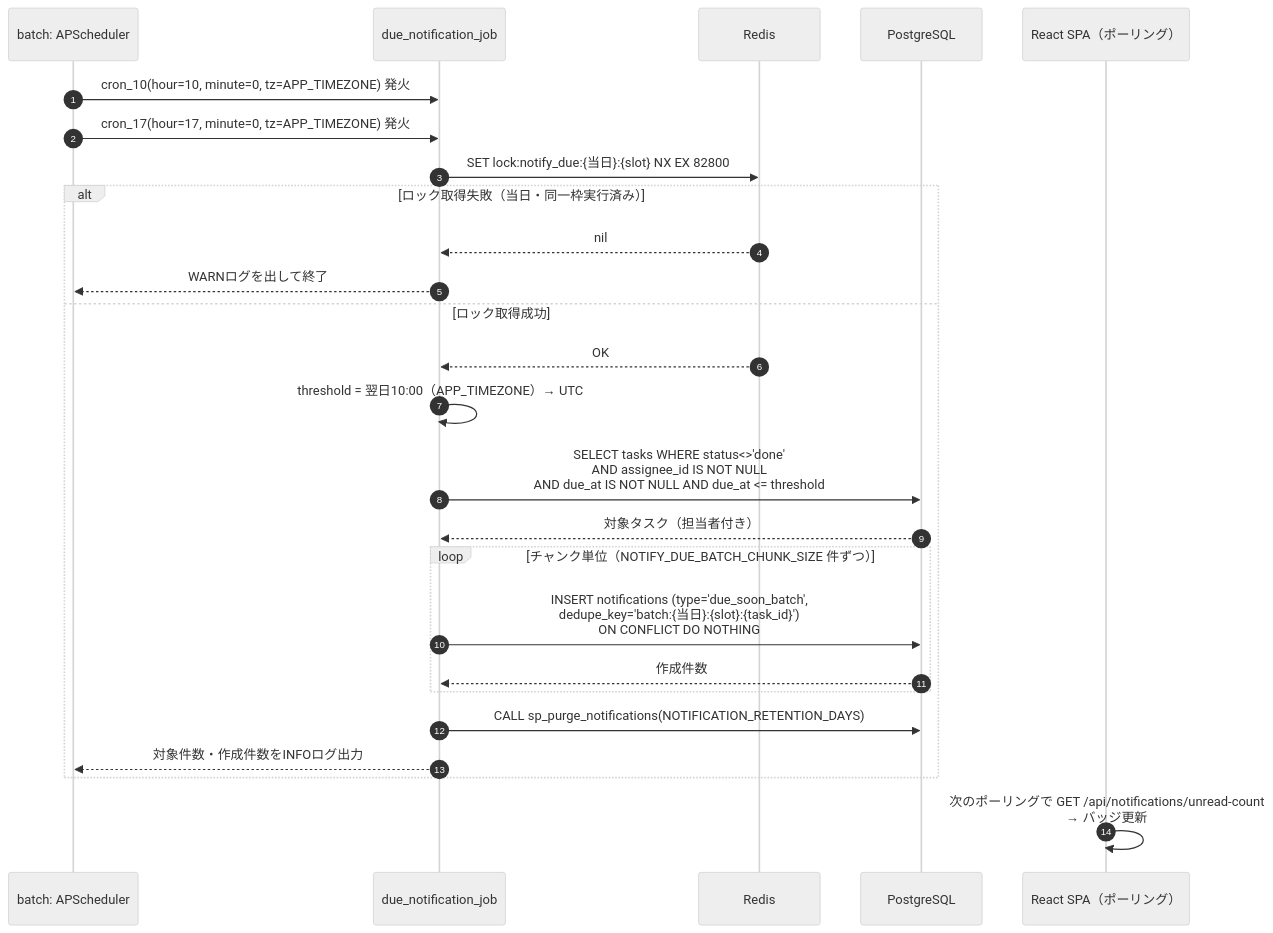
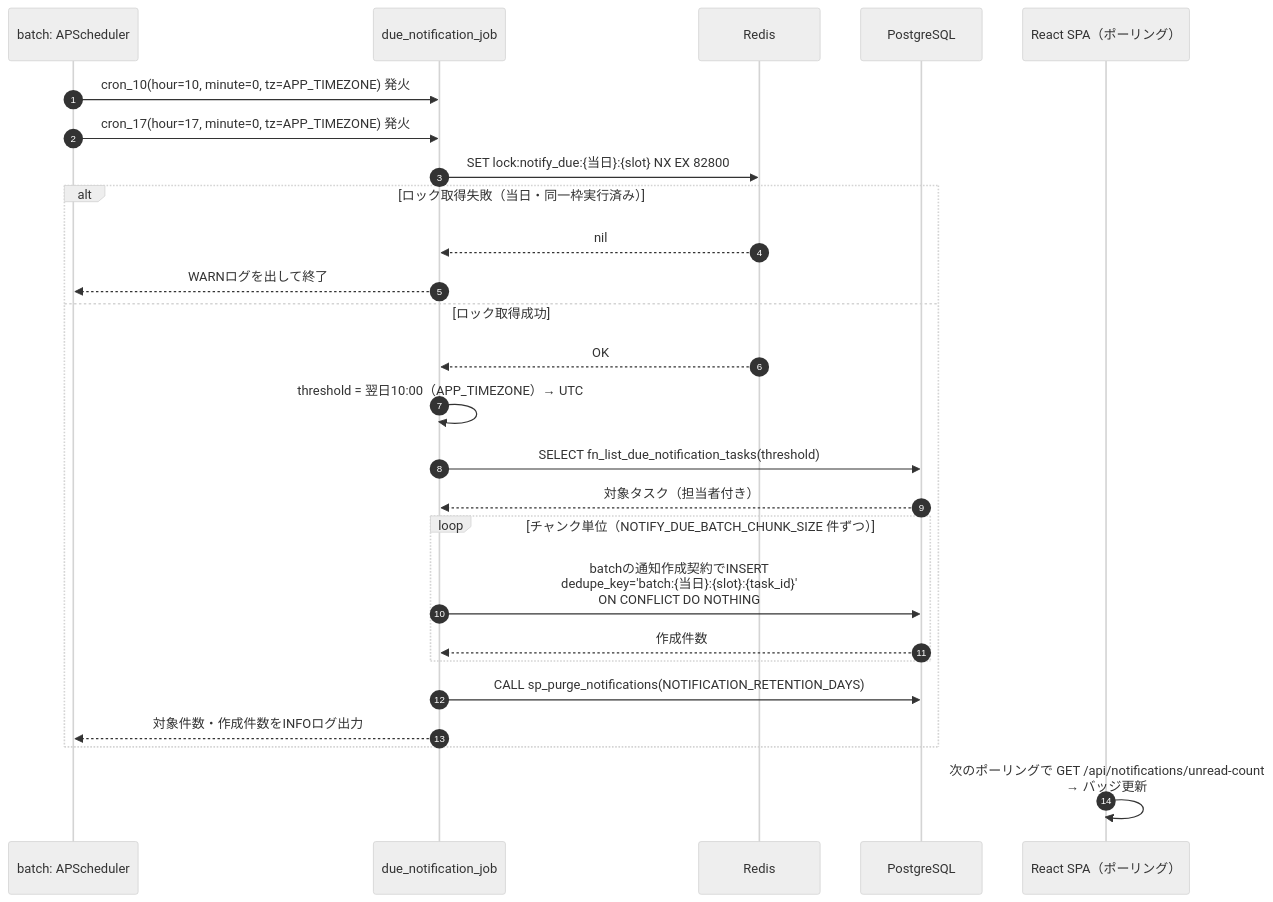
The fourth of 4 diagrams in basic_design/04_api.md (oikawa-d/task_management), drawn with Mermaid (neutral theme) before and after one commit. The commit also changed other lines of this file and 58 other files, not shown here.

````diff
--- a/basic_design/04_api.md
+++ b/basic_design/04_api.md
@@ -551,29 +553,29 @@
 ```mermaid
 sequenceDiagram
     autonumber
     participant SC as batch: APScheduler
     participant J as due_notification_job
     participant RD as Redis
     participant PG as PostgreSQL
     participant FE as React SPA（ポーリング）
 
     SC->>J: cron_10(hour=10, minute=0, tz=APP_TIMEZONE) 発火
     SC->>J: cron_17(hour=17, minute=0, tz=APP_TIMEZONE) 発火
     J->>RD: SET lock:notify_due:{当日}:{slot} NX EX 82800
     alt ロック取得失敗（当日・同一枠実行済み）
         RD-->>J: nil
         J-->>SC: WARNログを出して終了
     else ロック取得成功
         RD-->>J: OK
         J->>J: threshold = 翌日10:00（APP_TIMEZONE）→ UTC
-        J->>PG: SELECT tasks WHERE status<>'done'<br/>AND assignee_id IS NOT NULL<br/>AND due_at IS NOT NULL AND due_at <= threshold
+        J->>PG: SELECT fn_list_due_notification_tasks(threshold)
         PG-->>J: 対象タスク（担当者付き）
         loop チャンク単位（NOTIFY_DUE_BATCH_CHUNK_SIZE 件ずつ）
-            J->>PG: INSERT notifications (type='due_soon_batch',<br/>dedupe_key='batch:{当日}:{slot}:{task_id}')<br/>ON CONFLICT DO NOTHING
+            J->>PG: batchの通知作成契約でINSERT<br/>dedupe_key='batch:{当日}:{slot}:{task_id}'<br/>ON CONFLICT DO NOTHING
             PG-->>J: 作成件数
         end
         J->>PG: CALL sp_purge_notifications(NOTIFICATION_RETENTION_DAYS)
         J-->>SC: 対象件数・作成件数をINFOログ出力
     end
     FE->>FE: 次のポーリングで GET /api/notifications/unread-count<br/>→ バッジ更新
 ```
````
